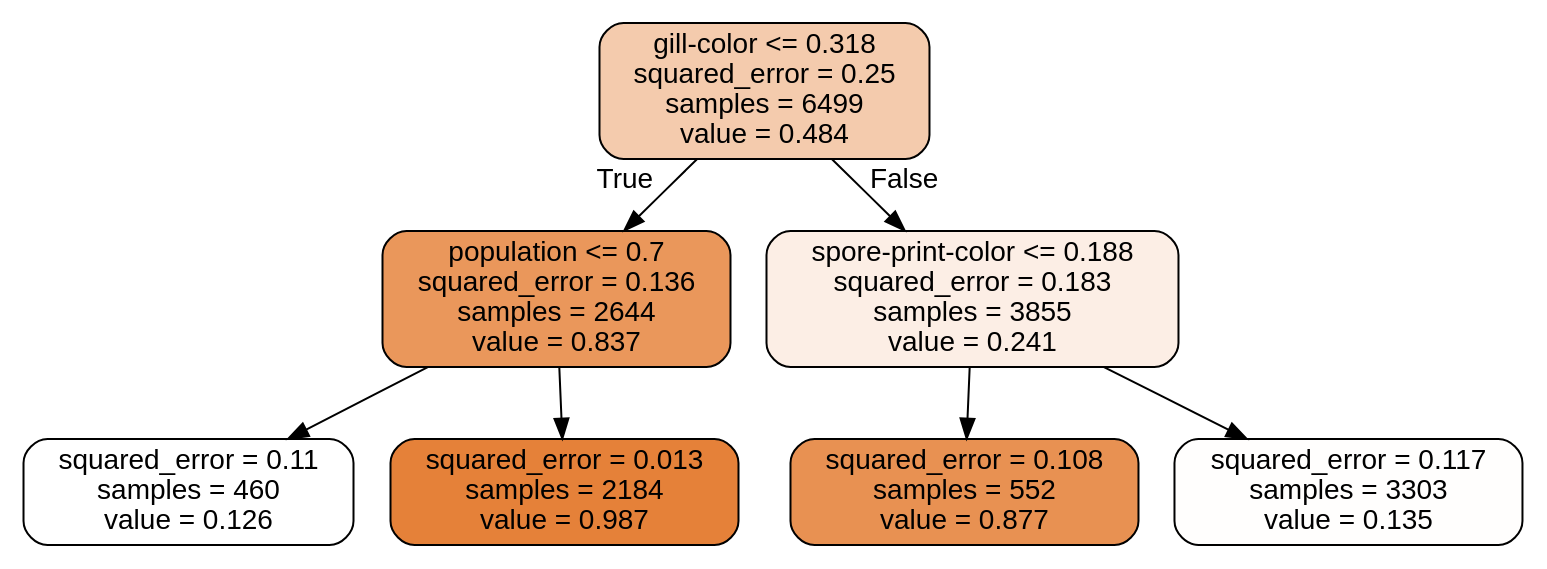
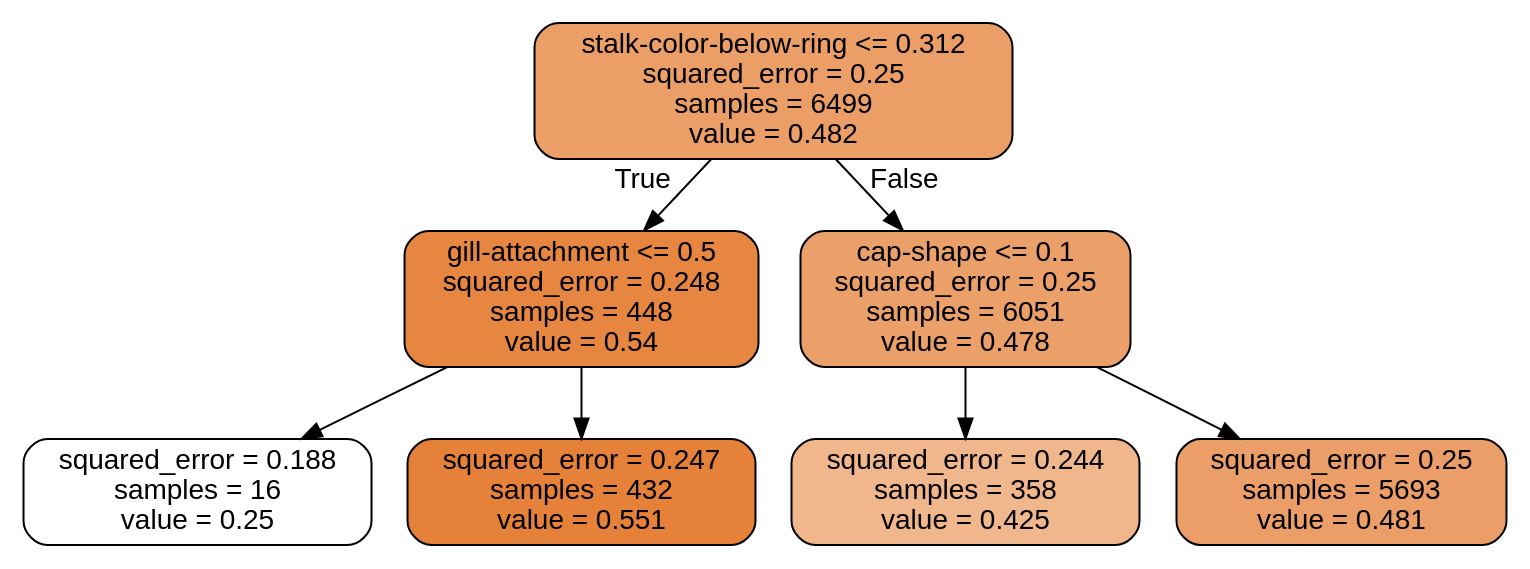
One commit to 10197jsg/IH-DA-Project03 changed the diagram in notebooks/tree.dot. Above: the diagram before and after it, drawn with Graphviz. The commit also changed 1 other file, not shown here.

```diff
--- a/notebooks/tree.dot
+++ b/notebooks/tree.dot
@@ -1,17 +1,17 @@
 digraph Tree {
 node [shape=box, style="filled, rounded", color="black", fontname="helvetica"] ;
 edge [fontname="helvetica"] ;
-0 [label="gill-color <= 0.318\nsquared_error = 0.25\nsamples = 6499\nvalue = 0.484", fillcolor="#f4cbad"] ;
-1 [label="population <= 0.7\nsquared_error = 0.136\nsamples = 2644\nvalue = 0.837", fillcolor="#ea975b"] ;
+0 [label="stalk-color-below-ring <= 0.312\nsquared_error = 0.25\nsamples = 6499\nvalue = 0.482", fillcolor="#eb9e66"] ;
+1 [label="gill-attachment <= 0.5\nsquared_error = 0.248\nsamples = 448\nvalue = 0.54", fillcolor="#e68640"] ;
 0 -> 1 [labeldistance=2.5, labelangle=45, headlabel="True"] ;
-2 [label="squared_error = 0.11\nsamples = 460\nvalue = 0.126", fillcolor="#ffffff"] ;
+2 [label="squared_error = 0.188\nsamples = 16\nvalue = 0.25", fillcolor="#ffffff"] ;
 1 -> 2 ;
-3 [label="squared_error = 0.013\nsamples = 2184\nvalue = 0.987", fillcolor="#e58139"] ;
+3 [label="squared_error = 0.247\nsamples = 432\nvalue = 0.551", fillcolor="#e58139"] ;
 1 -> 3 ;
-4 [label="spore-print-color <= 0.188\nsquared_error = 0.183\nsamples = 3855\nvalue = 0.241", fillcolor="#fceee5"] ;
+4 [label="cap-shape <= 0.1\nsquared_error = 0.25\nsamples = 6051\nvalue = 0.478", fillcolor="#eba069"] ;
 0 -> 4 [labeldistance=2.5, labelangle=-45, headlabel="False"] ;
-5 [label="squared_error = 0.108\nsamples = 552\nvalue = 0.877", fillcolor="#e89152"] ;
+5 [label="squared_error = 0.244\nsamples = 358\nvalue = 0.425", fillcolor="#f0b68c"] ;
 4 -> 5 ;
-6 [label="squared_error = 0.117\nsamples = 3303\nvalue = 0.135", fillcolor="#fffefd"] ;
+6 [label="squared_error = 0.25\nsamples = 5693\nvalue = 0.481", fillcolor="#eb9e67"] ;
 4 -> 6 ;
 }
```
